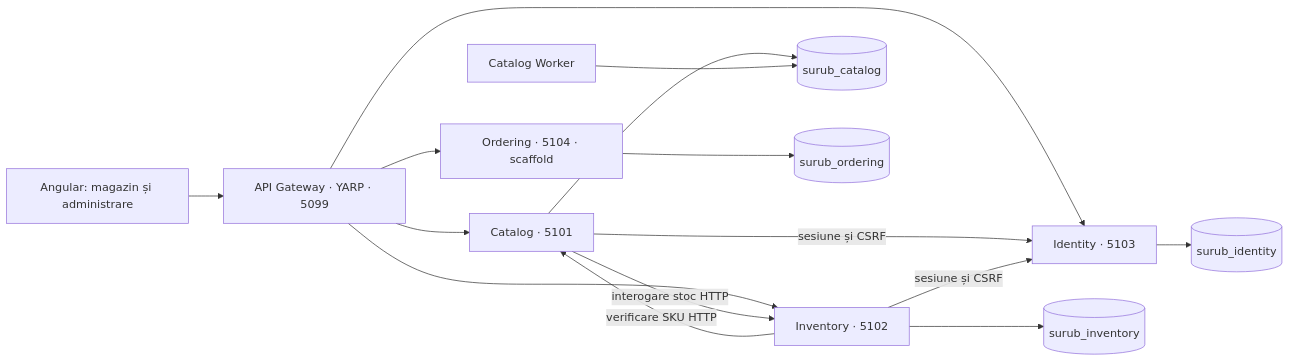
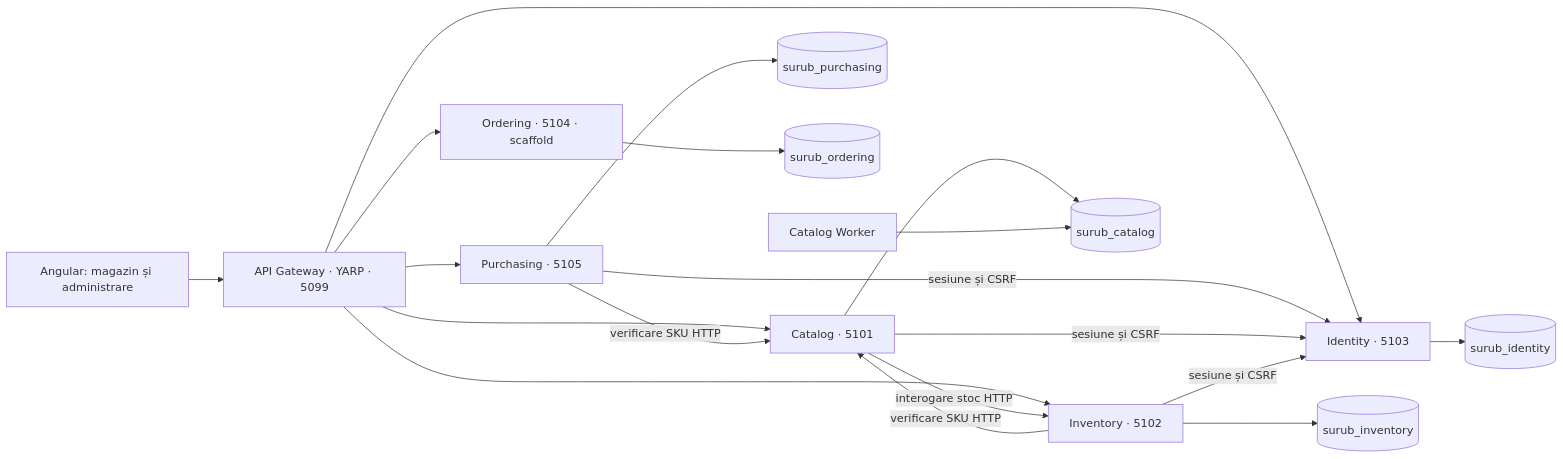
The diagram in docs/architecture.md (BogdanMihailaN/surub-direct), drawn with Mermaid before and after one commit. The commit also changed other lines of this file and 105 other files, not shown here.

Commit message:
Add Purchasing service with suppliers and SKU purchase terms

````diff
--- a/docs/architecture.md
+++ b/docs/architecture.md
@@ -5,17 +5,21 @@
 ```mermaid
 flowchart LR
   UI[Angular: magazin și administrare] --> G[API Gateway · YARP · 5099]
   G --> C[Catalog · 5101]
   G --> I[Inventory · 5102]
   G --> A[Identity · 5103]
+  G --> P[Purchasing · 5105]
+  P -->|verificare SKU HTTP| C
+  P -->|sesiune și CSRF| A
+  P --> PD[(surub_purchasing)]
   G --> O[Ordering · 5104 · scaffold]
   C -->|interogare stoc HTTP| I
   I -->|verificare SKU HTTP| C
   C -->|sesiune și CSRF| A
   I -->|sesiune și CSRF| A
   C --> CD[(surub_catalog)]
   I --> ID[(surub_inventory)]
   A --> AD[(surub_identity)]
   O --> OD[(surub_ordering)]
   W[Catalog Worker] --> CD
 ```
````
